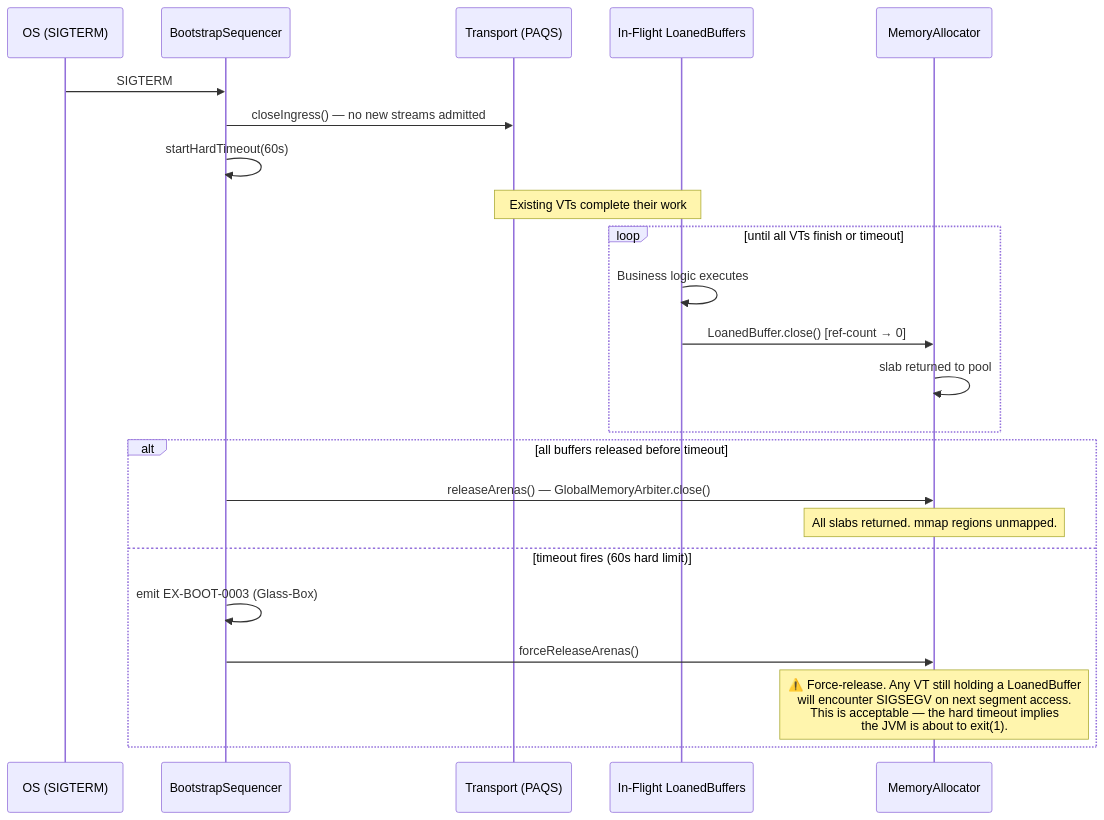
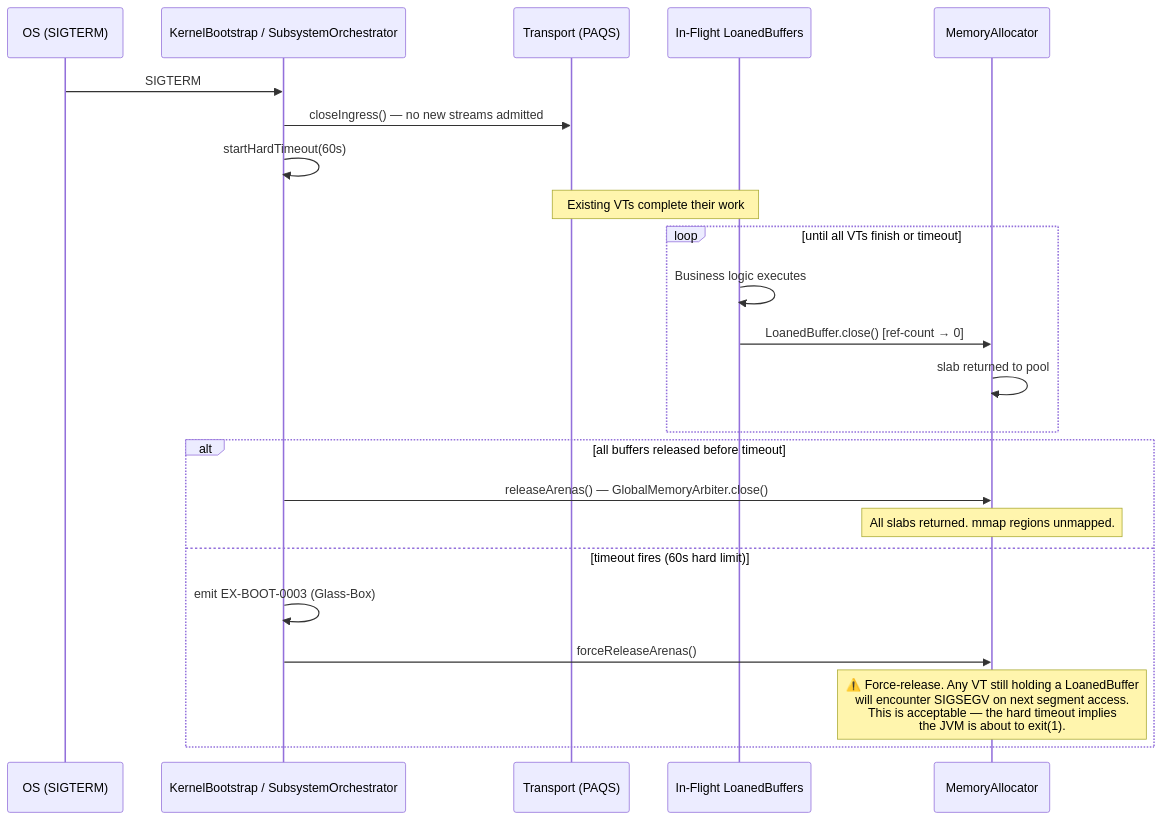
One commit to exeris-systems/exeris-kernel changed the second of 3 diagrams in docs/subsystems/memory.md. Above: the diagram before and after it, drawn with Mermaid. The commit also changed other lines of this file and 6 other files, not shown here.

````diff
--- a/docs/subsystems/memory.md
+++ b/docs/subsystems/memory.md
@@ -268,28 +268,28 @@
 ```mermaid
 sequenceDiagram
     participant OS as OS (SIGTERM)
-    participant BS as BootstrapSequencer
+    participant BS as KernelBootstrap / SubsystemOrchestrator
     participant TP as Transport (PAQS)
     participant LB as In-Flight LoanedBuffers
     participant MA as MemoryAllocator
 
     OS->>BS: SIGTERM
     BS->>TP: closeIngress() — no new streams admitted
     BS->>BS: startHardTimeout(60s)
 
     Note over TP,LB: Existing VTs complete their work
     loop until all VTs finish or timeout
         LB->>LB: Business logic executes
         LB->>MA: LoanedBuffer.close() [ref-count → 0]
         MA->>MA: slab returned to pool
     end
 
     alt all buffers released before timeout
         BS->>MA: releaseArenas() — GlobalMemoryArbiter.close()
         Note over MA: All slabs returned. mmap regions unmapped.
     else timeout fires (60s hard limit)
         BS->>BS: emit EX-BOOT-0003 (Glass-Box)
         BS->>MA: forceReleaseArenas()
         Note over MA: ⚠️ Force-release. Any VT still holding a LoanedBuffer<br/>will encounter SIGSEGV on next segment access.<br/>This is acceptable — the hard timeout implies<br/>the JVM is about to exit(1).
     end
 ```
````
